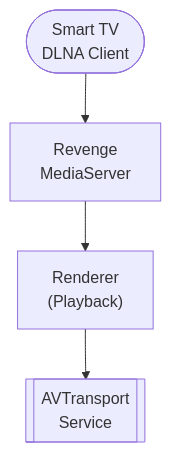
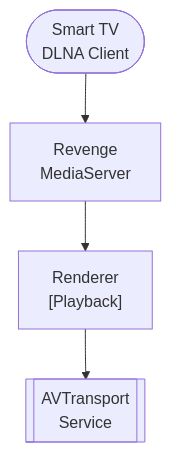
One commit to lusoris/revenge changed the diagram in docs/dev/design/integrations/casting/DLNA.md. Above: the diagram before and after it, drawn with Mermaid. The commit also changed 194 other files, not shown here.

First line of the commit message:
fix(docs): Escape parentheses in Mermaid labels to prevent parse errors

````diff
--- a/docs/dev/design/integrations/casting/DLNA.md
+++ b/docs/dev/design/integrations/casting/DLNA.md
@@ -58,10 +58,10 @@
 ```mermaid
 flowchart TD
     node1([Smart TV<br/>DLNA Client])
     node2["Revenge<br/>MediaServer"]
-    node3["Renderer<br/>(Playback)"]
+    node3["Renderer<br/>[Playback]"]
     node4[[AVTransport<br/>Service]]
     node1 --> node2
     node3 --> node4
     node2 --> node3
 ```
````
